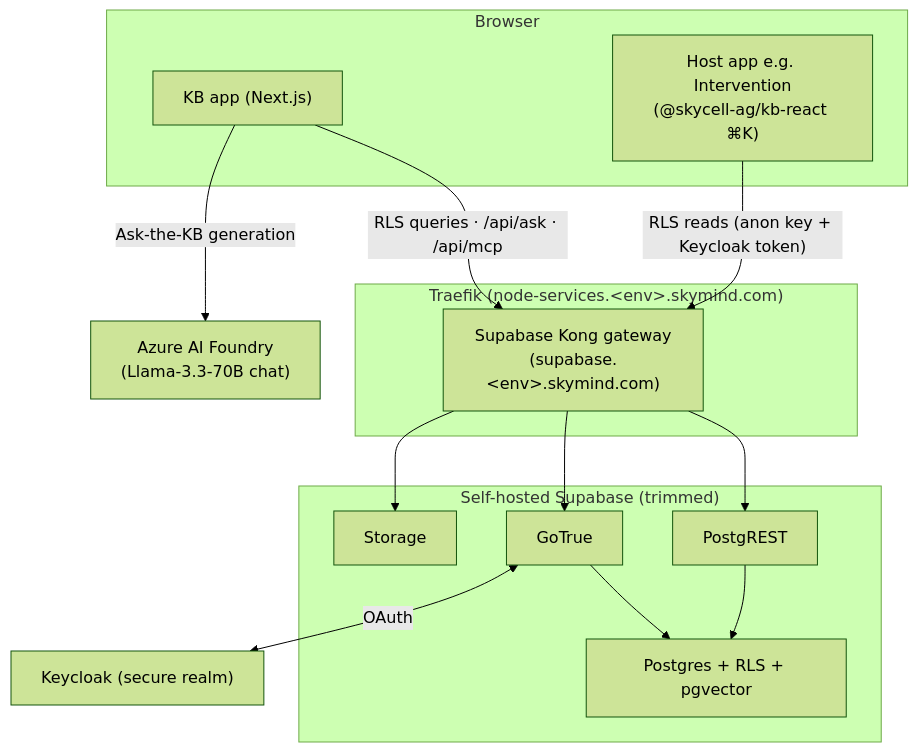
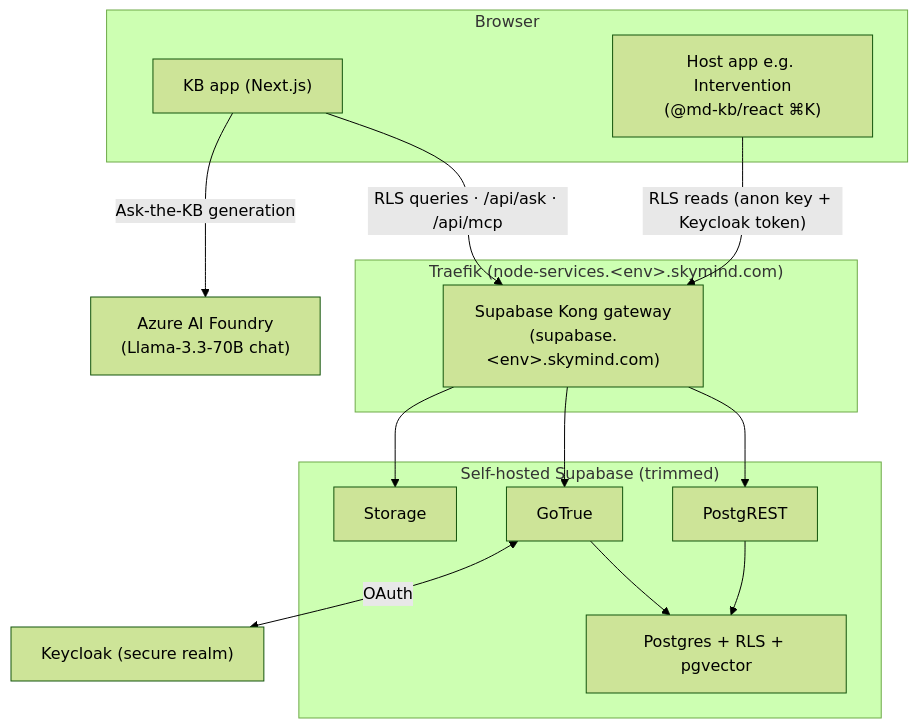
One commit to nomadical/md-kb changed the diagram in docs/ARCHITECTURE.md. Above: the diagram before and after it, drawn with Mermaid (forest theme). The commit also changed other lines of this file and 31 other files, not shown here.

First line of the commit message:
refactor: rename package scope @skycell-ag/kb-core -> @md-kb/core; drop kb-react

````diff
--- a/docs/ARCHITECTURE.md
+++ b/docs/ARCHITECTURE.md
@@ -35,26 +35,26 @@
 ```mermaid
 flowchart TB
   subgraph Browser
     APP["KB app (Next.js)"]
-    HOST["Host app e.g. Intervention<br/>(@skycell-ag/kb-react ⌘K)"]
+    HOST["Host app e.g. Intervention<br/>(@md-kb/react ⌘K)"]
   end
   subgraph Traefik["Traefik (node-services.&lt;env&gt;.skymind.com)"]
     KONG["Supabase Kong gateway<br/>(supabase.&lt;env&gt;.skymind.com)"]
   end
   subgraph Supabase["Self-hosted Supabase (trimmed)"]
     REST["PostgREST"]
     AUTH["GoTrue"]
     STORE["Storage"]
     DB["Postgres + RLS + pgvector"]
   end
   KC["Keycloak (secure realm)"]
   AOAI["Azure AI Foundry<br/>(Llama-3.3-70B chat)"]
 
   APP -->|"RLS queries · /api/ask · /api/mcp"| KONG
   HOST -->|"RLS reads (anon key + Keycloak token)"| KONG
   KONG --> REST --> DB
   KONG --> AUTH --> DB
   KONG --> STORE
   AUTH <-->|OAuth| KC
   APP -->|"Ask-the-KB generation"| AOAI
 ```
````
